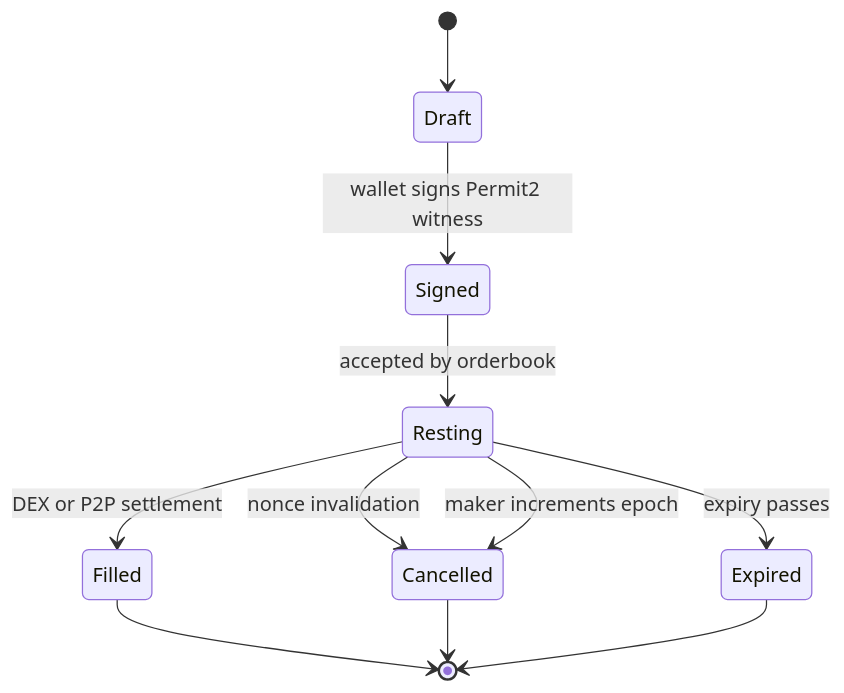
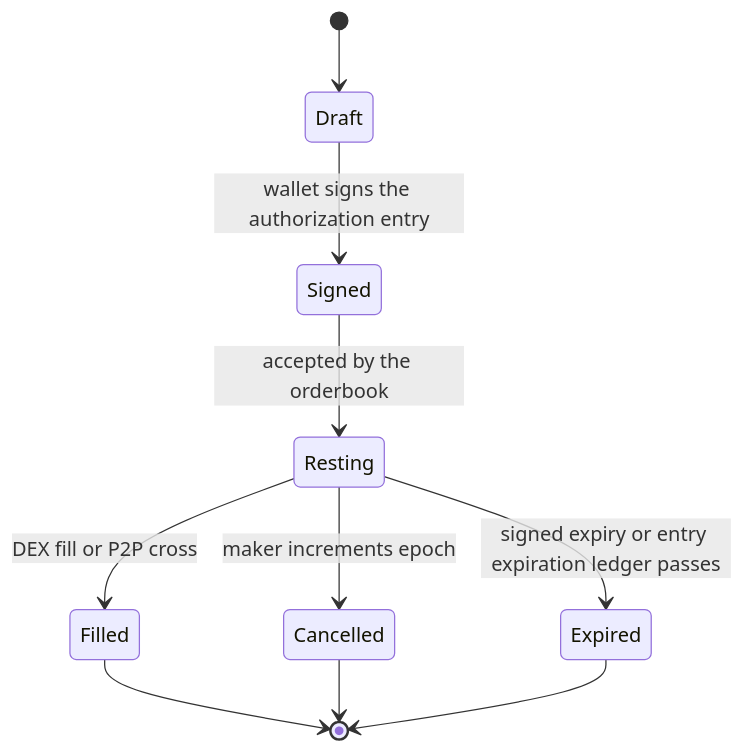
The diagram in content/docs/concepts/how-seltra-works.md (zadworny/Limit-Order-Frontend), drawn with Mermaid before and after one commit. The commit also changed other lines of this file and 47 other files, not shown here.

````diff
--- a/content/docs/concepts/how-seltra-works.md
+++ b/content/docs/concepts/how-seltra-works.md
@@ -12,13 +12,12 @@
 ```mermaid
 stateDiagram-v2
     [*] --> Draft
-    Draft --> Signed: wallet signs Permit2 witness
-    Signed --> Resting: accepted by orderbook
-    Resting --> Filled: DEX or P2P settlement
-    Resting --> Cancelled: nonce invalidation
+    Draft --> Signed: wallet signs the authorization entry
+    Signed --> Resting: accepted by the orderbook
+    Resting --> Filled: DEX fill or P2P cross
     Resting --> Cancelled: maker increments epoch
-    Resting --> Expired: expiry passes
+    Resting --> Expired: signed expiry or entry expiration ledger passes
     Filled --> [*]
     Cancelled --> [*]
     Expired --> [*]
 ```
````
